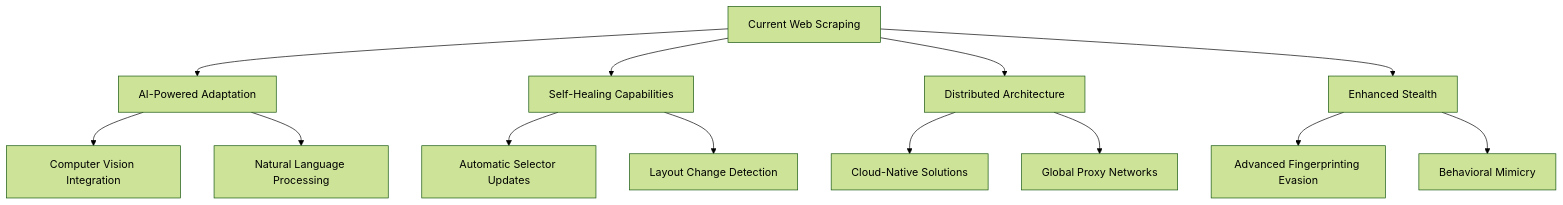
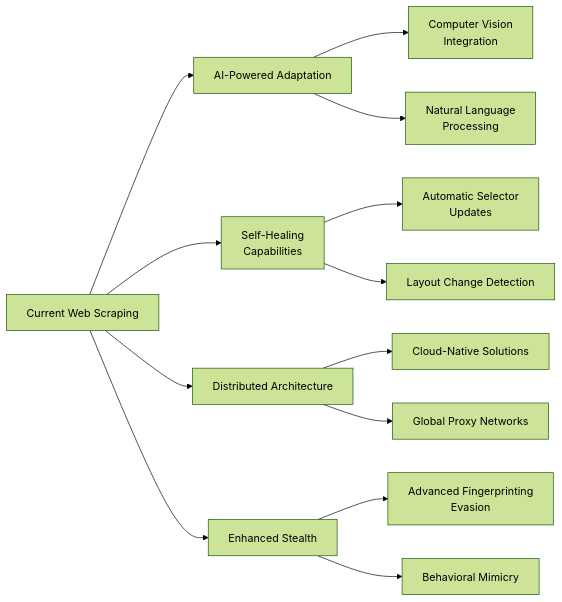
Before and after one commit to bytetunnels/bytetunnels.github.com: the fourth of 4 diagrams in _posts/2025-04-27-evolution-of-web-scraping-from-then-to-now.md, drawn with Mermaid (forest theme). The commit also changed other lines of this file and 118 other files, not shown here.

Commit message:
feat: improve diagram styling and compact wide flowcharts

````diff
--- a/_posts/2025-04-27-evolution-of-web-scraping-from-then-to-now.md
+++ b/_posts/2025-04-27-evolution-of-web-scraping-from-then-to-now.md
@@ -289,21 +284,21 @@
 ```mermaid
-graph TD
+graph LR
     A[Current Web Scraping]
 
     A --> B[AI-Powered Adaptation]
-    A --> C[Self-Healing Capabilities]
+    A --> C["Self-Healing<br/>Capabilities"]
     A --> D[Distributed Architecture]
     A --> E[Enhanced Stealth]
 
-    B --> F[Computer Vision Integration]
-    B --> G[Natural Language Processing]
+    B --> F["Computer Vision<br/>Integration"]
+    B --> G["Natural Language<br/>Processing"]
 
-    C --> H[Automatic Selector Updates]
+    C --> H["Automatic Selector<br/>Updates"]
     C --> I[Layout Change Detection]
 
     D --> J[Cloud-Native Solutions]
     D --> K[Global Proxy Networks]
 
-    E --> L[Advanced Fingerprinting Evasion]
+    E --> L["Advanced Fingerprinting<br/>Evasion"]
     E --> M[Behavioral Mimicry]
 ```
````
